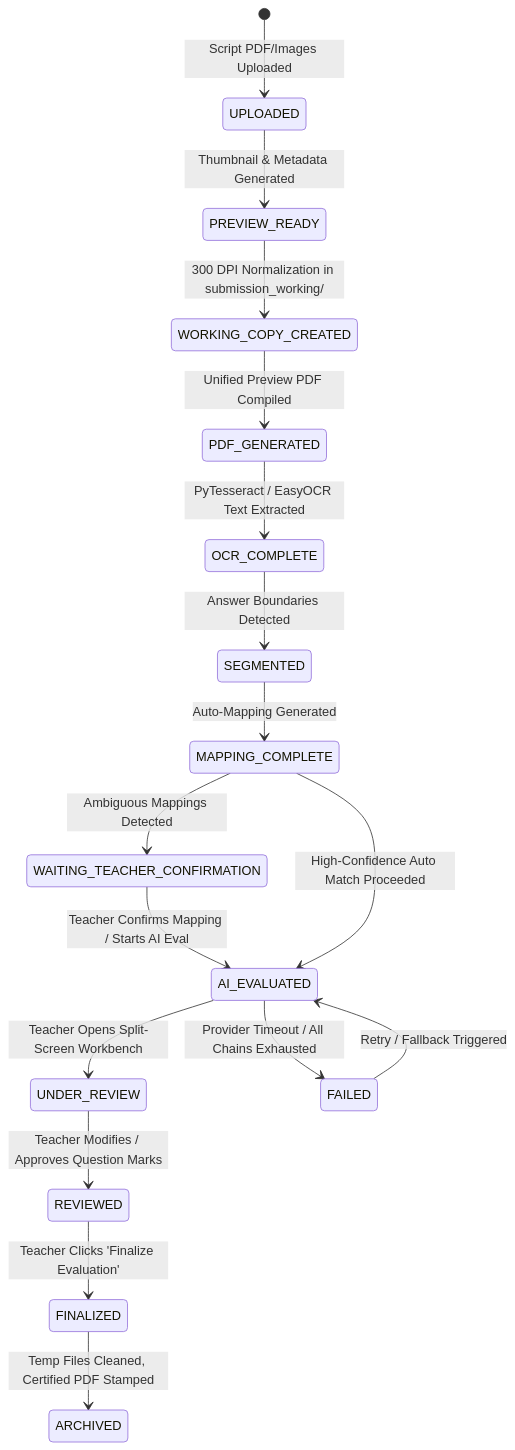
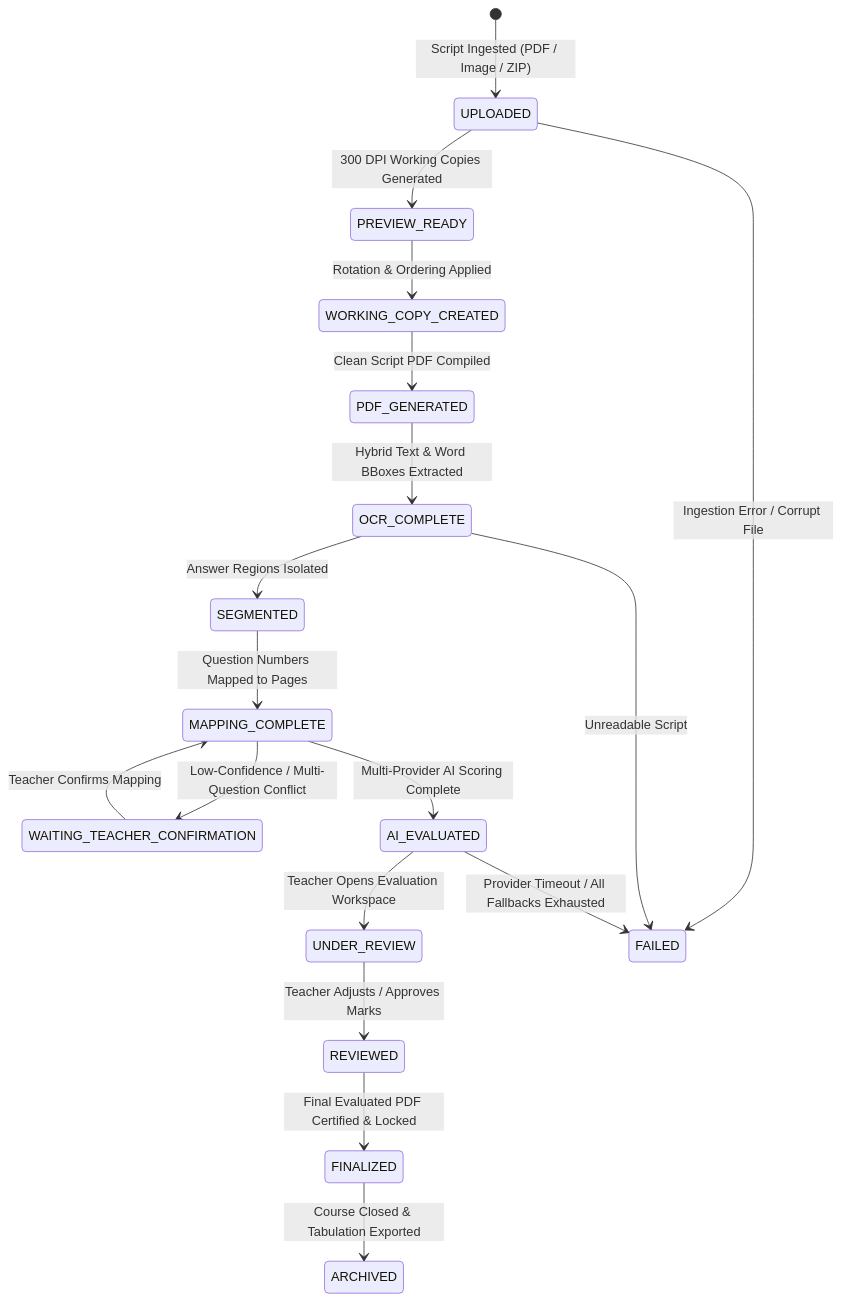
Before and after one commit to hijbullahx/IntelliGrade: the second of 2 diagrams in docs/01-requirements/03-system-workflow.md, drawn with Mermaid. The commit also changed other lines of this file and 18 other files, not shown here.

Commit message:
docs: initialize project documentation suite including system architecture, requirements, and workflow design

````diff
--- a/docs/01-requirements/03-system-workflow.md
+++ b/docs/01-requirements/03-system-workflow.md
@@ -74,19 +76,21 @@
 ```mermaid
 stateDiagram-v2
-    [*] --> UPLOADED: Script PDF/Images Uploaded
-    UPLOADED --> PREVIEW_READY: Thumbnail & Metadata Generated
-    PREVIEW_READY --> WORKING_COPY_CREATED: 300 DPI Normalization in submission_working/
-    WORKING_COPY_CREATED --> PDF_GENERATED: Unified Preview PDF Compiled
-    PDF_GENERATED --> OCR_COMPLETE: PyTesseract / EasyOCR Text Extracted
-    OCR_COMPLETE --> SEGMENTED: Answer Boundaries Detected
-    SEGMENTED --> MAPPING_COMPLETE: Auto-Mapping Generated
-    MAPPING_COMPLETE --> WAITING_TEACHER_CONFIRMATION: Ambiguous Mappings Detected
-    WAITING_TEACHER_CONFIRMATION --> AI_EVALUATED: Teacher Confirms Mapping / Starts AI Eval
-    MAPPING_COMPLETE --> AI_EVALUATED: High-Confidence Auto Match Proceeded
-    AI_EVALUATED --> UNDER_REVIEW: Teacher Opens Split-Screen Workbench
-    UNDER_REVIEW --> REVIEWED: Teacher Modifies / Approves Question Marks
-    REVIEWED --> FINALIZED: Teacher Clicks 'Finalize Evaluation'
-    FINALIZED --> ARCHIVED: Temp Files Cleaned, Certified PDF Stamped
-    AI_EVALUATED --> FAILED: Provider Timeout / All Chains Exhausted
-    FAILED --> AI_EVALUATED: Retry / Fallback Triggered
+    [*] --> UPLOADED: Script Ingested (PDF / Image / ZIP)
+    UPLOADED --> PREVIEW_READY: 300 DPI Working Copies Generated
+    PREVIEW_READY --> WORKING_COPY_CREATED: Rotation & Ordering Applied
+    WORKING_COPY_CREATED --> PDF_GENERATED: Clean Script PDF Compiled
+    PDF_GENERATED --> OCR_COMPLETE: Hybrid Text & Word BBoxes Extracted
+    OCR_COMPLETE --> SEGMENTED: Answer Regions Isolated
+    SEGMENTED --> MAPPING_COMPLETE: Question Numbers Mapped to Pages
+    MAPPING_COMPLETE --> WAITING_TEACHER_CONFIRMATION: Low-Confidence / Multi-Question Conflict
+    WAITING_TEACHER_CONFIRMATION --> MAPPING_COMPLETE: Teacher Confirms Mapping
+    MAPPING_COMPLETE --> AI_EVALUATED: Multi-Provider AI Scoring Complete
+    AI_EVALUATED --> UNDER_REVIEW: Teacher Opens Evaluation Workspace
+    UNDER_REVIEW --> REVIEWED: Teacher Adjusts / Approves Marks
+    REVIEWED --> FINALIZED: Final Evaluated PDF Certified & Locked
+    FINALIZED --> ARCHIVED: Course Closed & Tabulation Exported
+    
+    UPLOADED --> FAILED: Ingestion Error / Corrupt File
+    OCR_COMPLETE --> FAILED: Unreadable Script
+    AI_EVALUATED --> FAILED: Provider Timeout / All Fallbacks Exhausted
 ```
````
